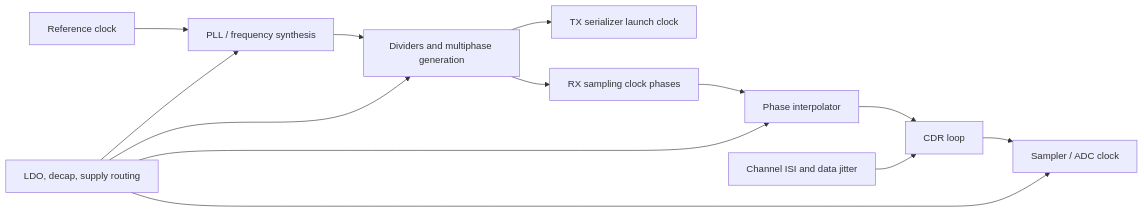
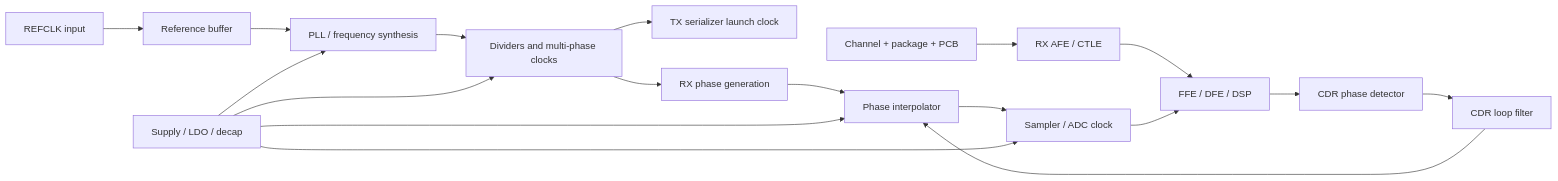
One commit to uopuwe/Second_Brain changed the second of 3 diagrams in 01_AnalogIC_SerDes/PLL_CDR_Clocking/pcie7_clocking_notes.md. Above: the diagram before and after it, drawn with Mermaid. The commit also changed other lines of this file, not shown here.

````diff
--- a/01_AnalogIC_SerDes/PLL_CDR_Clocking/pcie7_clocking_notes.md
+++ b/01_AnalogIC_SerDes/PLL_CDR_Clocking/pcie7_clocking_notes.md
@@ -52,15 +382,20 @@
 ```mermaid
 flowchart LR
-  REF[Reference clock] --> PLL[PLL / frequency synthesis]
-  PLL --> DIV[Dividers and multiphase generation]
-  DIV --> TXC[TX serializer launch clock]
-  DIV --> RXC[RX sampling clock phases]
-  RXC --> PI[Phase interpolator]
-  PI --> CDR[CDR loop]
-  CDR --> SMP[Sampler / ADC clock]
-  PWR[LDO, decap, supply routing] --> PLL
+  REF[REFCLK input] --> RBUF[Reference buffer]
+  RBUF --> PLL[PLL / frequency synthesis]
+  PLL --> DIV[Dividers and multi-phase clocks]
+  DIV --> TXSER[TX serializer launch clock]
+  DIV --> RXPH[RX phase generation]
+  RXPH --> PI[Phase interpolator]
+  CH[Channel + package + PCB] --> RXAFE[RX AFE / CTLE]
+  RXAFE --> EQ[FFE / DFE / DSP]
+  EQ --> PD[CDR phase detector]
+  PD --> CDR[CDR loop filter]
+  CDR --> PI
+  PI --> SMP[Sampler / ADC clock]
+  SMP --> EQ
+  PWR[Supply / LDO / decap] --> PLL
   PWR --> DIV
   PWR --> PI
   PWR --> SMP
-  CH[Channel ISI and data jitter] --> CDR
 ```
````
